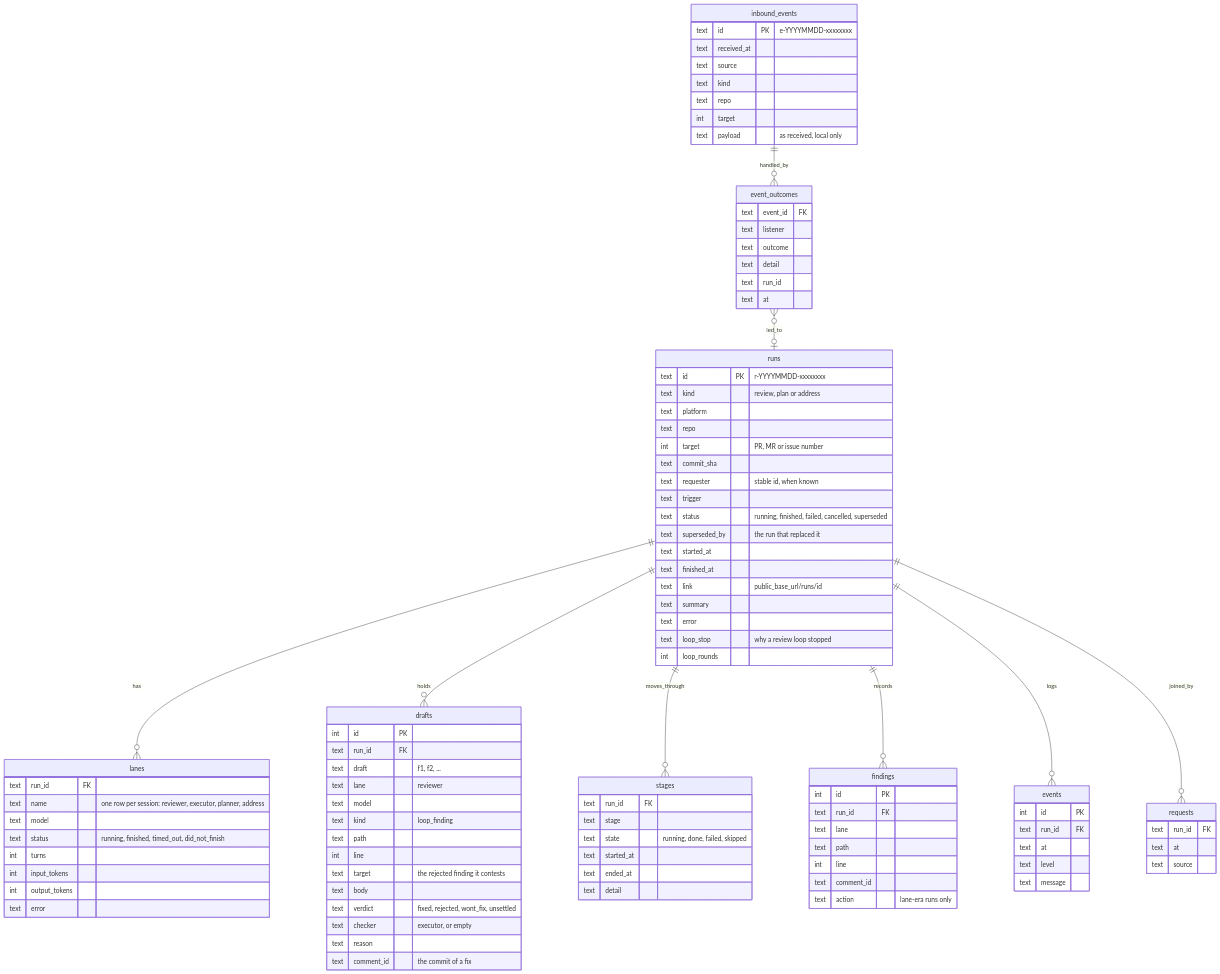
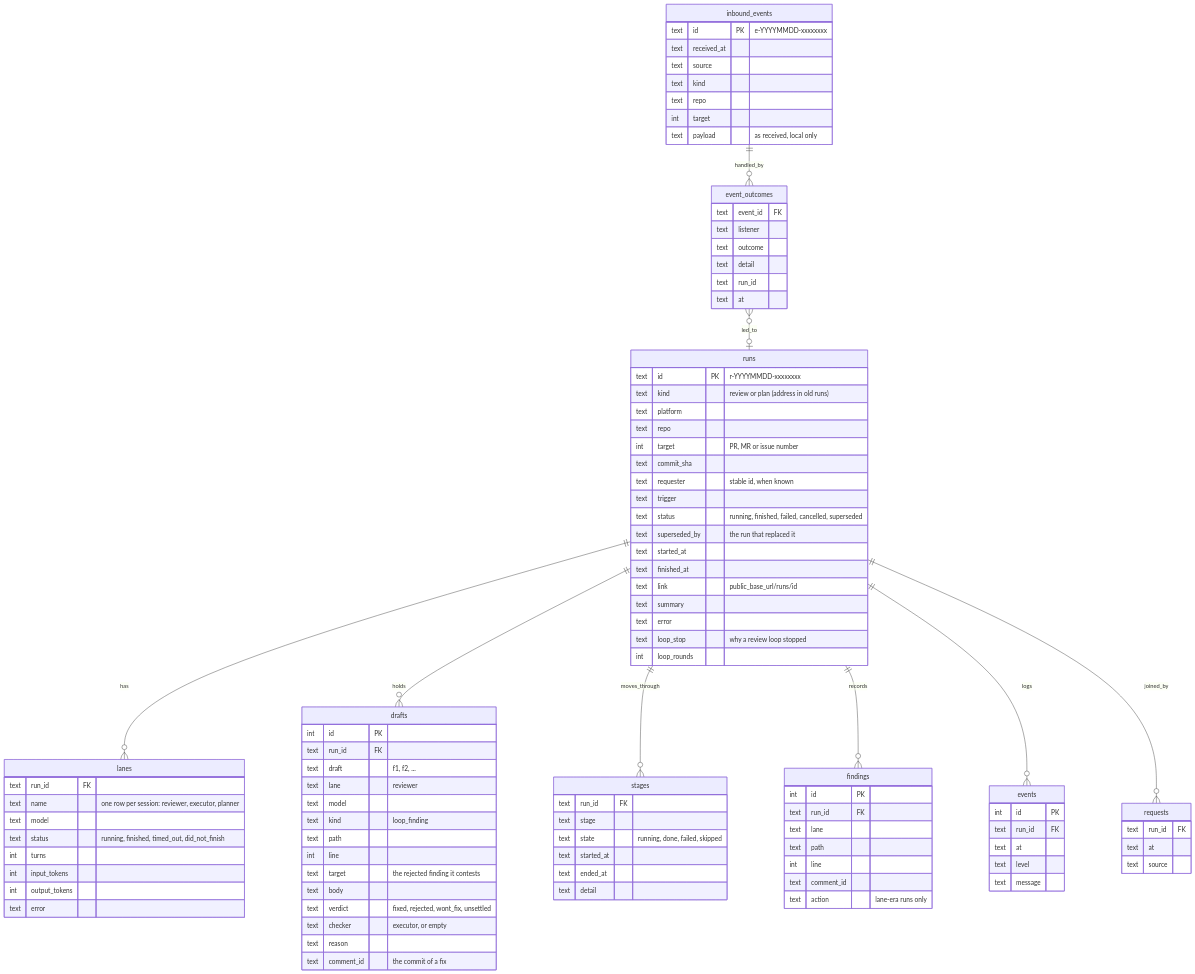
The ninth of 11 diagrams in ARCHITECTURE.md (StephanMeijer/meneerhenk), drawn with Mermaid before and after one commit. The commit also changed other lines of this file and 66 other files, not shown here.

First line of the commit message:
feat!: address runs are removed; the executor fixes what the reviewer finds

```diff
--- a/ARCHITECTURE.md
+++ b/ARCHITECTURE.md
@@ -590,7 +597,7 @@
     event_outcomes }o--o| runs : led_to
     runs {
         text id PK "r-YYYYMMDD-xxxxxxxx"
-        text kind "review, plan or address"
+        text kind "review or plan (address in old runs)"
         text platform
         text repo
         int target "PR, MR or issue number"
@@ -609,7 +616,7 @@
     }
     lanes {
         text run_id FK
-        text name "one row per session: reviewer, executor, planner, address"
+        text name "one row per session: reviewer, executor, planner"
         text model
         text status "running, finished, timed_out, did_not_finish"
         int turns
```
